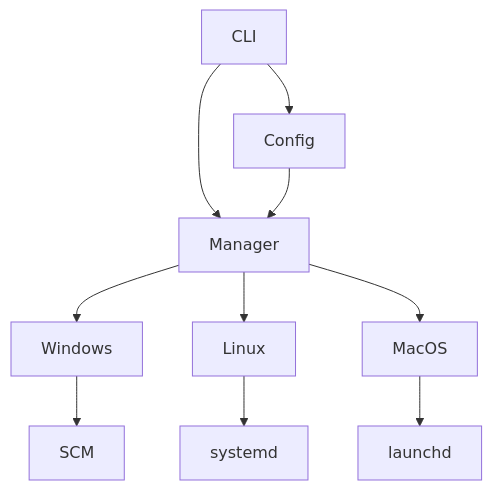
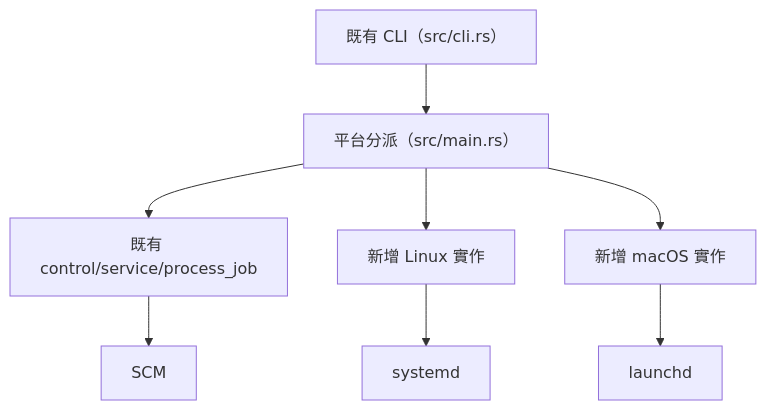
One commit to DevinKWu/shawl changed the diagram in docs/plans/cross-platform/plan.md. Above: the diagram before and after it, drawn with Mermaid. The commit also changed other lines of this file, not shown here.

Commit message:
docs: 縮減跨平台開發範圍並保留 Windows 實作

````diff
--- a/docs/plans/cross-platform/plan.md
+++ b/docs/plans/cross-platform/plan.md
@@ -12,12 +13,10 @@
 ```mermaid
 flowchart TD
- CLI --> Config
- CLI --> Manager
- Config --> Manager
- Manager --> Windows
- Manager --> Linux
- Manager --> MacOS
+ CLI["既有 CLI（src/cli.rs）"] --> Dispatch["平台分派（src/main.rs）"]
+ Dispatch --> Windows["既有 control/service/process_job"]
+ Dispatch --> Linux["新增 Linux 實作"]
+ Dispatch --> MacOS["新增 macOS 實作"]
  Windows --> SCM
  Linux --> systemd
  MacOS --> launchd
 ```
````
